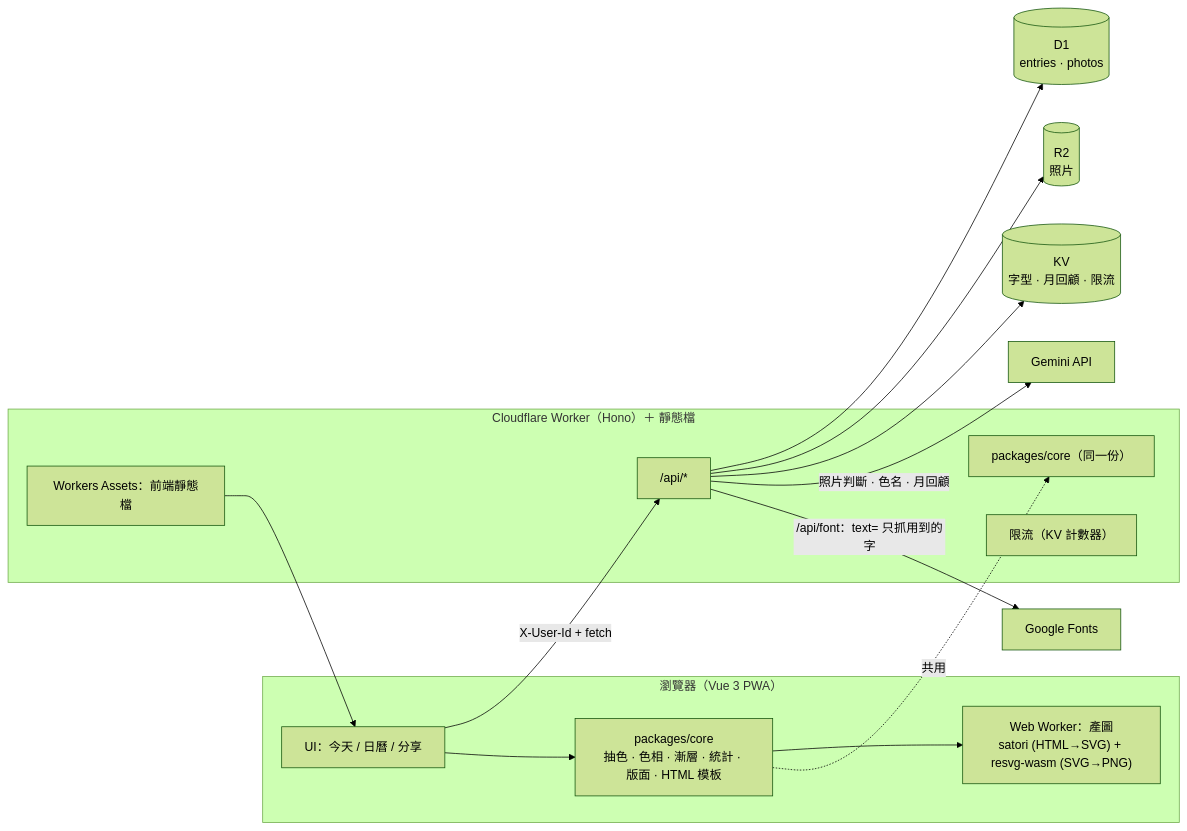
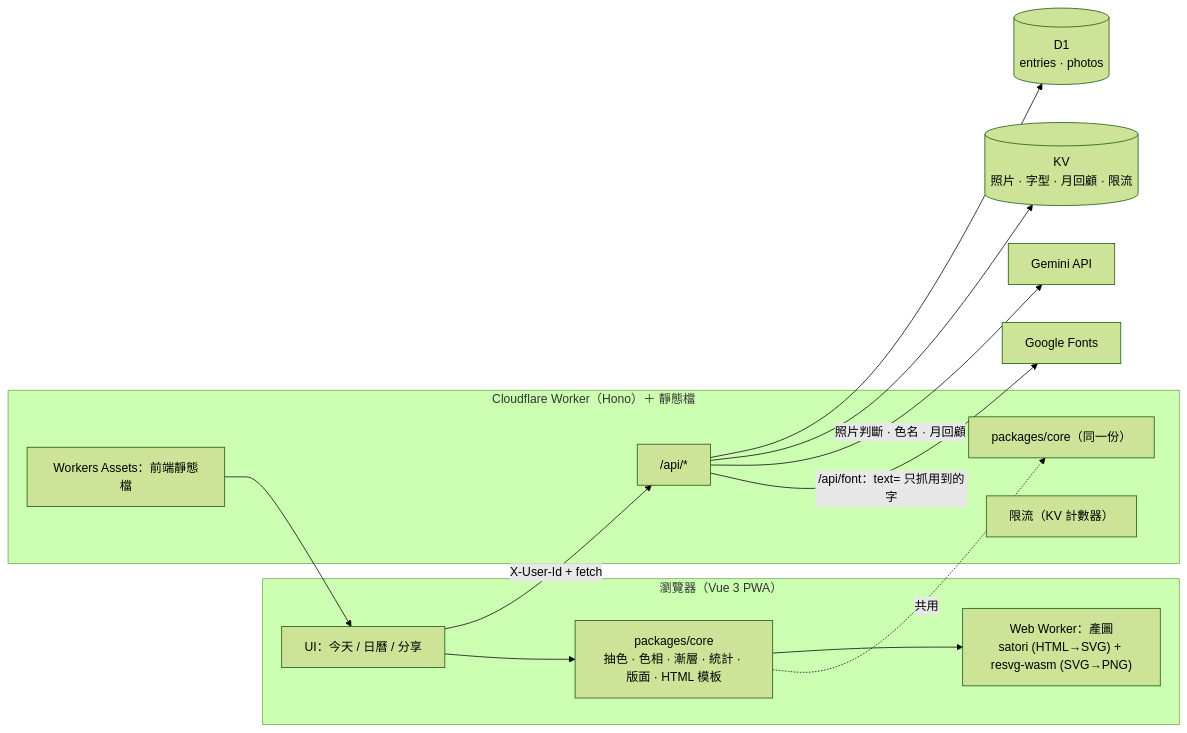
Before and after one commit to ryukyucoding/Hueday: the diagram in README.md, drawn with Mermaid (forest theme). The commit also changed other lines of this file and 11 other files, not shown here.

````diff
--- a/README.md
+++ b/README.md
@@ -30,23 +30,22 @@
 ```mermaid
 flowchart LR
   subgraph Client["瀏覽器（Vue 3 PWA）"]
     UI["UI：今天 / 日曆 / 分享"]
     C1["packages/core<br/>抽色 · 色相 · 漸層 · 統計 · 版面 · HTML 模板"]
     RW["Web Worker：產圖<br/>satori (HTML→SVG) + resvg-wasm (SVG→PNG)"]
   end
   subgraph Worker["Cloudflare Worker（Hono）＋ 靜態檔"]
     API["/api/*"]
     C2["packages/core（同一份）"]
     RL["限流（KV 計數器）"]
     ST["Workers Assets：前端靜態檔"]
   end
   UI -->|"X-User-Id + fetch"| API
   UI --> C1 --> RW
   C1 -.->|共用| C2
   API --> D1[("D1<br/>entries · photos")]
-  API --> R2[("R2<br/>照片")]
-  API --> KV[("KV<br/>字型 · 月回顧 · 限流")]
+  API --> KV[("KV<br/>照片 · 字型 · 月回顧 · 限流")]
   API -->|"照片判斷 · 色名 · 月回顧"| Gemini["Gemini API"]
   API -->|"/api/font：text= 只抓用到的字"| Fonts["Google Fonts"]
   ST --> UI
 ```
````
